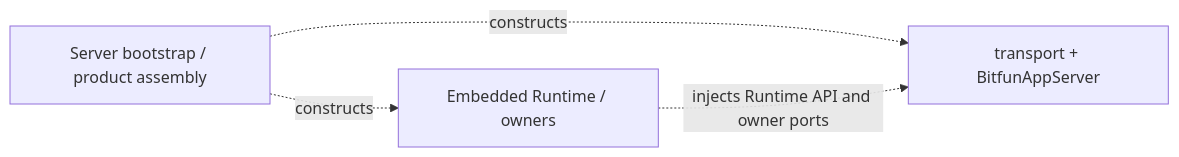
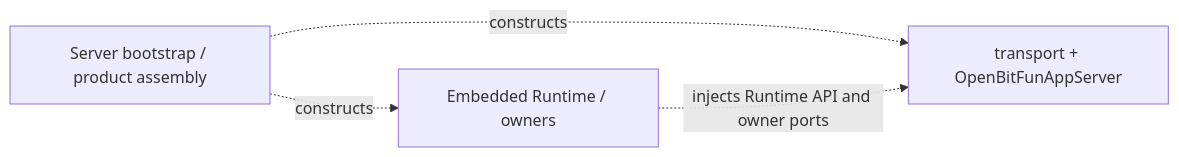
One commit to 1688mengdie/BitFun changed the second of 17 diagrams in docs/architecture/agent-runtime-deployment-design.md. Above: the diagram before and after it, drawn with Mermaid. The commit also changed other lines of this file and 4651 other files, not shown here.

Commit message:
refactor!: rename BitFun to OpenBitFun (#2795)

````diff
--- a/docs/architecture/agent-runtime-deployment-design.md
+++ b/docs/architecture/agent-runtime-deployment-design.md
@@ -43,6 +43,6 @@
 ```mermaid
 flowchart LR
-  Bootstrap["Server bootstrap / product assembly"] -. "constructs" .-> Host["transport + BitfunAppServer"]
+  Bootstrap["Server bootstrap / product assembly"] -. "constructs" .-> Host["transport + OpenBitFunAppServer"]
   Bootstrap -. "constructs" .-> Runtime["Embedded Runtime / owners"]
   Runtime -. "injects Runtime API and owner ports" .-> Host
 ```
````
